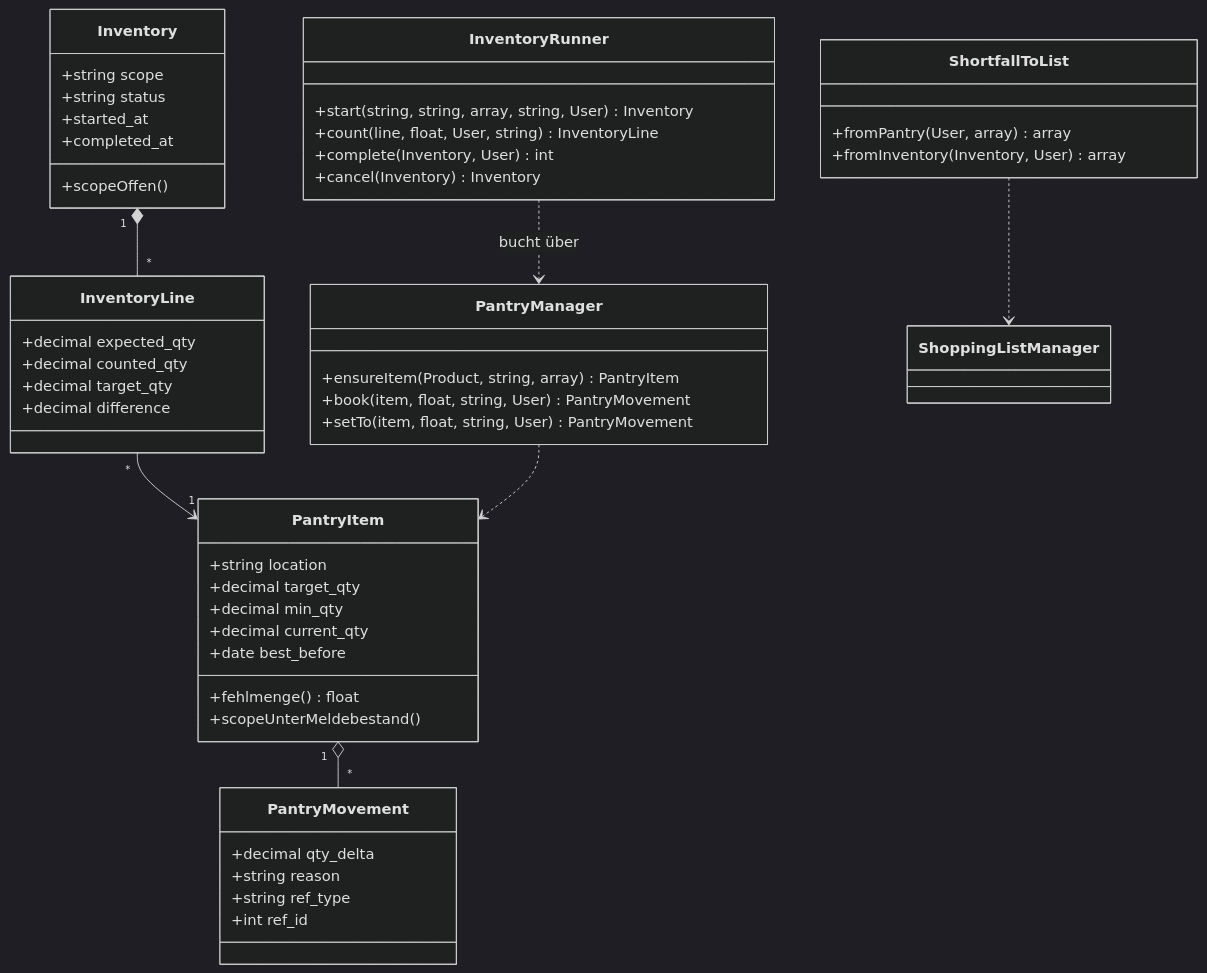
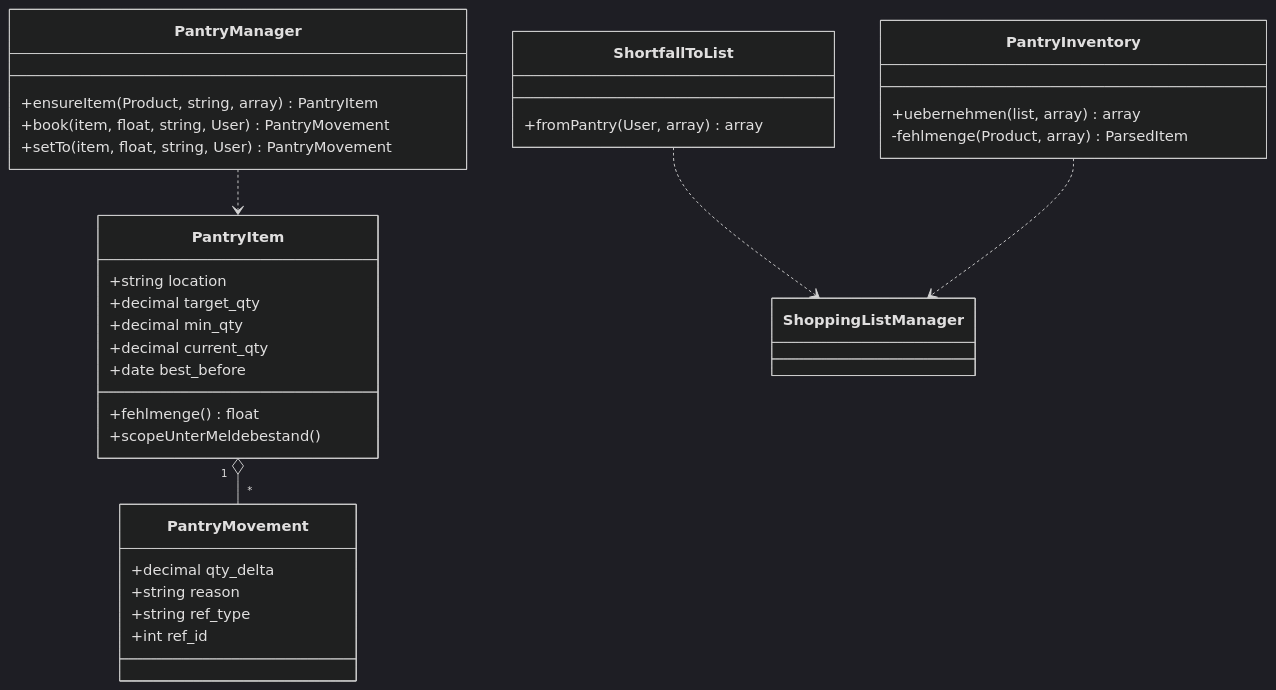
One commit to MarkusBrezing/Wocheneinkauf changed the seventh of 19 diagrams in docs/Wocheneinkauf-Technische-Dokumentation.md. Above: the diagram before and after it, drawn with Mermaid (dark theme). The commit also changed other lines of this file and 21 other files, not shown here.

````diff
--- a/docs/Wocheneinkauf-Technische-Dokumentation.md
+++ b/docs/Wocheneinkauf-Technische-Dokumentation.md
@@ -296,59 +296,39 @@
 ```mermaid
 classDiagram
     class PantryItem {
         +string location
         +decimal target_qty
         +decimal min_qty
         +decimal current_qty
         +date best_before
         +fehlmenge() float
         +scopeUnterMeldebestand()
     }
 
     class PantryMovement {
         +decimal qty_delta
         +string reason
         +string ref_type
         +int ref_id
     }
 
-    class Inventory {
-        +string scope
-        +string status
-        +started_at
-        +completed_at
-        +scopeOffen()
-    }
-
-    class InventoryLine {
-        +decimal expected_qty
-        +decimal counted_qty
-        +decimal target_qty
-        +decimal difference
-    }
-
     class PantryManager {
         +ensureItem(Product, string, array) PantryItem
         +book(item, float, string, User) PantryMovement
         +setTo(item, float, string, User) PantryMovement
     }
 
-    class InventoryRunner {
-        +start(string, string, array, string, User) Inventory
-        +count(line, float, User, string) InventoryLine
-        +complete(Inventory, User) int
-        +cancel(Inventory) Inventory
+    class ShortfallToList {
+        +fromPantry(User, array) array
     }
 
-    class ShortfallToList {
-        +fromPantry(User, array) array
-        +fromInventory(Inventory, User) array
+    class PantryInventory {
+        +uebernehmen(list, array) array
+        -fehlmenge(Product, array) ParsedItem
     }
 
     PantryItem "1" o-- "*" PantryMovement
-    Inventory "1" *-- "*" InventoryLine
-    InventoryLine "*" --> "1" PantryItem
     PantryManager ..> PantryItem
-    InventoryRunner ..> PantryManager : bucht über
     ShortfallToList ..> ShoppingListManager
+    PantryInventory ..> ShoppingListManager
 ```
````
